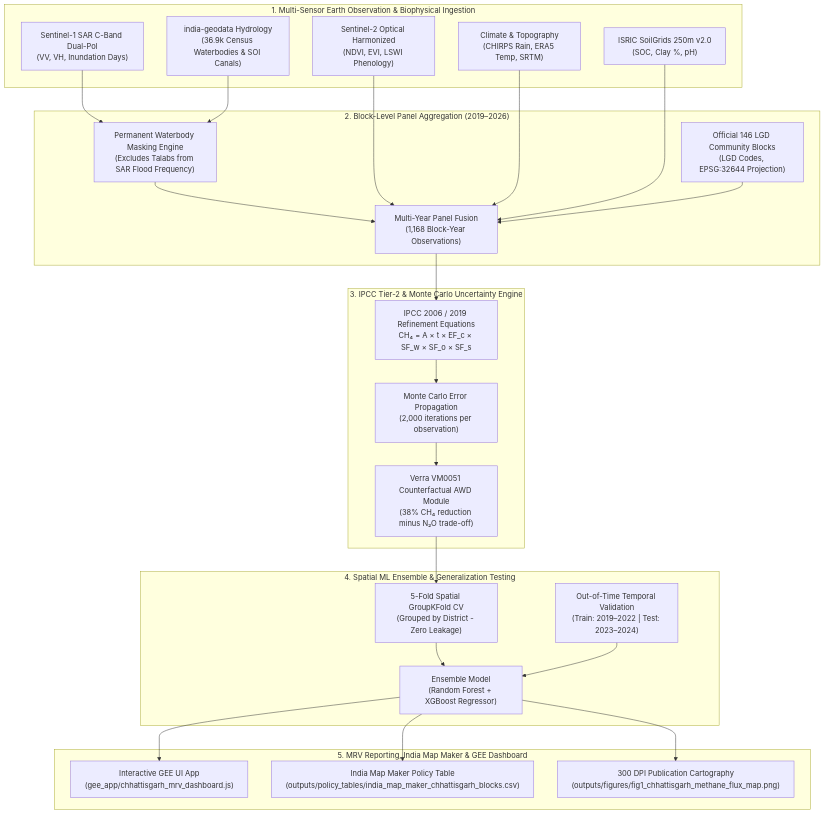
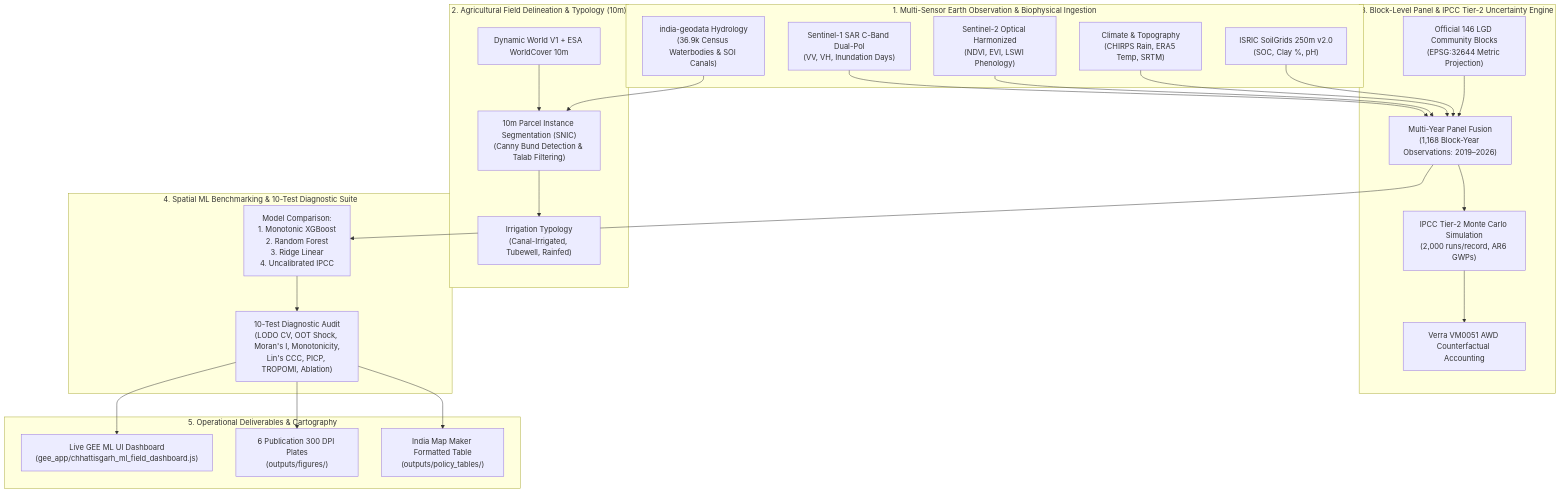
The diagram in README.md (akshit-rgb/Chhattisgarh-Rice-Methane-MRV-project), drawn with Mermaid before and after one commit. The commit also changed other lines of this file and 21 other files, not shown here.

Commit message:
feat(mrv): deploy 10m field delineation, live GEE ML dashboard & 10-test accuracy audit suite

````diff
--- a/README.md
+++ b/README.md
@@ -21,50 +23,49 @@
 ```mermaid
 flowchart TD
     subgraph Multi_Source_Sensing["1. Multi-Sensor Earth Observation & Biophysical Ingestion"]
         S1["Sentinel-1 SAR C-Band Dual-Pol<br/>(VV, VH, Inundation Days)"]
         S2["Sentinel-2 Optical Harmonized<br/>(NDVI, EVI, LSWI Phenology)"]
         CLIM["Climate & Topography<br/>(CHIRPS Rain, ERA5 Temp, SRTM)"]
         SOIL["ISRIC SoilGrids 250m v2.0<br/>(SOC, Clay %, pH)"]
         HYDRO["india-geodata Hydrology<br/>(36.9k Census Waterbodies & SOI Canals)"]
     end
 
-    subgraph Feature_Engineering["2. Block-Level Panel Aggregation (2019–2026)"]
-        LGD["Official 146 LGD Community Blocks<br/>(LGD Codes, EPSG:32644 Projection)"]
-        MASK["Permanent Waterbody Masking Engine<br/>(Excludes Talabs from SAR Flood Frequency)"]
-        PANEL["Multi-Year Panel Fusion<br/>(1,168 Block-Year Observations)"]
-        S1 --> MASK
-        HYDRO --> MASK
-        MASK --> PANEL
+    subgraph Field_Delineation["2. Agricultural Field Delineation & Typology (10m)"]
+        DW["Dynamic World V1 + ESA WorldCover 10m"]
+        SNIC["10m Parcel Instance Segmentation (SNIC)<br/>(Canny Bund Detection & Talab Filtering)"]
+        TYPO["Irrigation Typology<br/>(Canal-Irrigated, Tubewell, Rainfed)"]
+        DW --> SNIC
+        HYDRO --> SNIC
+        SNIC --> TYPO
+    end
+
+    subgraph Panel_and_IPCC["3. Block-Level Panel & IPCC Tier-2 Uncertainty Engine"]
+        LGD["Official 146 LGD Community Blocks<br/>(EPSG:32644 Metric Projection)"]
+        PANEL["Multi-Year Panel Fusion<br/>(1,168 Block-Year Observations: 2019–2026)"]
+        TIER2["IPCC Tier-2 Monte Carlo Simulation<br/>(2,000 runs/record, AR6 GWPs)"]
+        AWD["Verra VM0051 AWD Counterfactual Accounting"]
+        S1 --> PANEL
         S2 --> PANEL
         CLIM --> PANEL
         SOIL --> PANEL
         LGD --> PANEL
+        PANEL --> TIER2
+        TIER2 --> AWD
     end
 
-    subgraph IPCC_Accounting["3. IPCC Tier-2 & Monte Carlo Uncertainty Engine"]
-        TIER2["IPCC 2006 / 2019 Refinement Equations<br/>CH₄ = A × t × EF_c × SF_w × SF_o × SF_s"]
-        MC["Monte Carlo Error Propagation<br/>(2,000 iterations per observation)"]
-        AWD["Verra VM0051 Counterfactual AWD Module<br/>(38% CH₄ reduction minus N₂O trade-off)"]
-        PANEL --> TIER2
-        TIER2 --> MC
-        MC --> AWD
+    subgraph Diagnostics_and_ML["4. Spatial ML Benchmarking & 10-Test Diagnostic Suite"]
+        MODELS["Model Comparison:<br/>1. Monotonic XGBoost<br/>2. Random Forest<br/>3. Ridge Linear<br/>4. Uncalibrated IPCC"]
+        TESTS["10-Test Diagnostic Audit<br/>(LODO CV, OOT Shock, Moran's I, Monotonicity,<br/>Lin's CCC, PICP, TROPOMI, Ablation)"]
+        PANEL --> MODELS
+        MODELS --> TESTS
     end
 
-    subgraph Spatial_ML["4. Spatial ML Ensemble & Generalization Testing"]
-        SKF["5-Fold Spatial GroupKFold CV<br/>(Grouped by District - Zero Leakage)"]
-        OOT["Out-of-Time Temporal Validation<br/>(Train: 2019–2022 | Test: 2023–2024)"]
-        ENS["Ensemble Model<br/>(Random Forest + XGBoost Regressor)"]
-        AWD --> SKF
-        SKF --> ENS
-        OOT --> ENS
-    end
-
-    subgraph Deliverables["5. MRV Reporting, India Map Maker & GEE Dashboard"]
-        DASH["Interactive GEE UI App<br/>(gee_app/chhattisgarh_mrv_dashboard.js)"]
-        MAPMAKER["India Map Maker Policy Table<br/>(outputs/policy_tables/india_map_maker_chhattisgarh_blocks.csv)"]
-        FIGS["300 DPI Publication Cartography<br/>(outputs/figures/fig1_chhattisgarh_methane_flux_map.png)"]
-        ENS --> DASH
-        ENS --> MAPMAKER
-        ENS --> FIGS
+    subgraph Deliverables["5. Operational Deliverables & Cartography"]
+        DASH["Live GEE ML UI Dashboard<br/>(gee_app/chhattisgarh_ml_field_dashboard.js)"]
+        PLATES["6 Publication 300 DPI Plates<br/>(outputs/figures/)"]
+        POLICY["India Map Maker Formatted Table<br/>(outputs/policy_tables/)"]
+        TESTS --> DASH
+        TESTS --> PLATES
+        TESTS --> POLICY
     end
 ```
````
